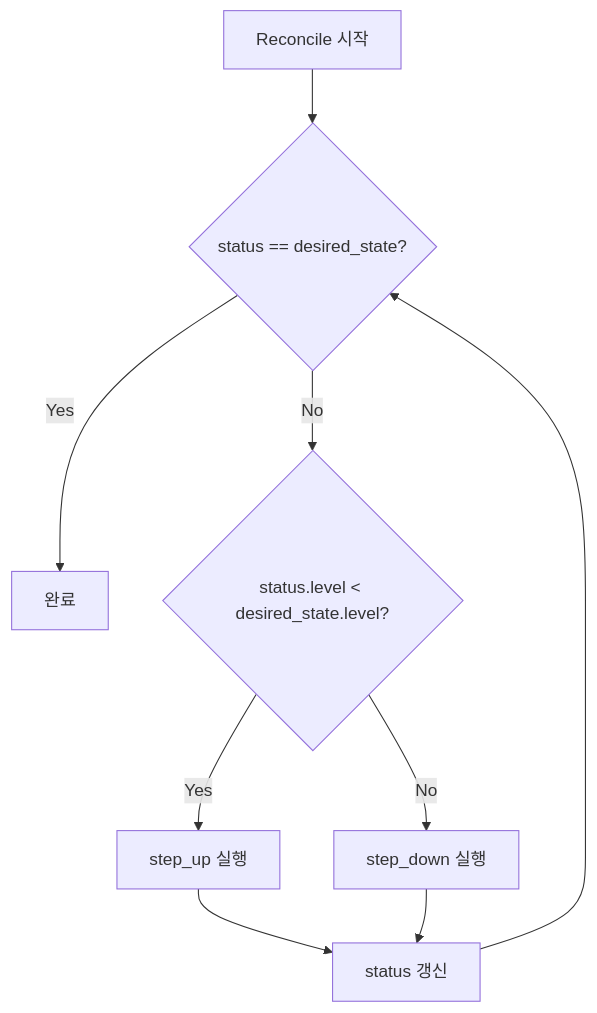
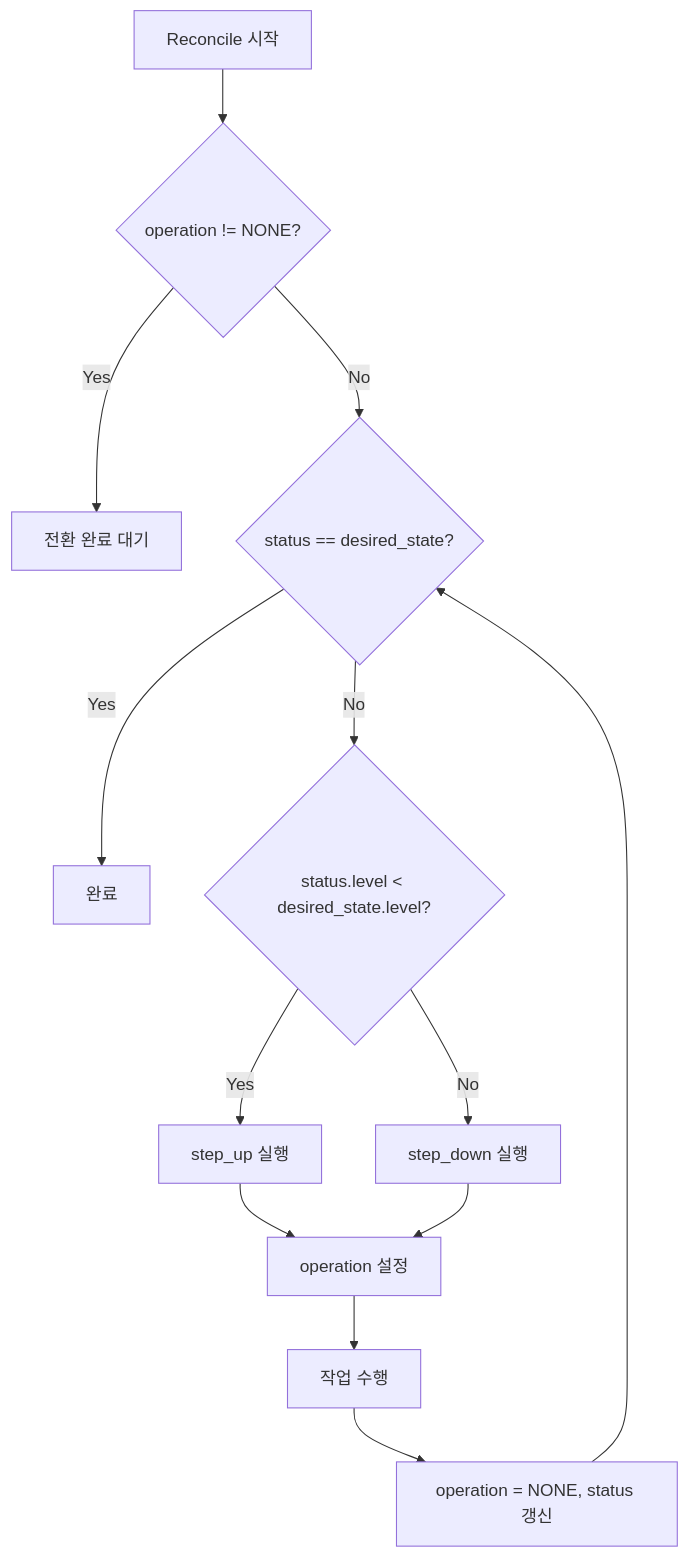
One commit to cagojeiger/code-hub changed the sixth of 6 diagrams in docs/spec_v2/states.md. Above: the diagram before and after it, drawn with Mermaid. The commit also changed other lines of this file and 4 other files, not shown here.

First line of the commit message:
docs(adr): add ADR-009 for status + operation separation

````diff
--- a/docs/spec_v2/states.md
+++ b/docs/spec_v2/states.md
@@ -165,11 +212,15 @@
 ```mermaid
 flowchart TD
-    A[Reconcile 시작] --> B{status == desired_state?}
+    A[Reconcile 시작] --> A1{operation != NONE?}
+    A1 -->|Yes| A2[전환 완료 대기]
+    A1 -->|No| B{status == desired_state?}
     B -->|Yes| C[완료]
     B -->|No| D{status.level < desired_state.level?}
     D -->|Yes| E[step_up 실행]
     D -->|No| F[step_down 실행]
-    E --> G[status 갱신]
+    E --> G[operation 설정]
     F --> G
-    G --> B
+    G --> H[작업 수행]
+    H --> I[operation = NONE, status 갱신]
+    I --> B
 ```
````
